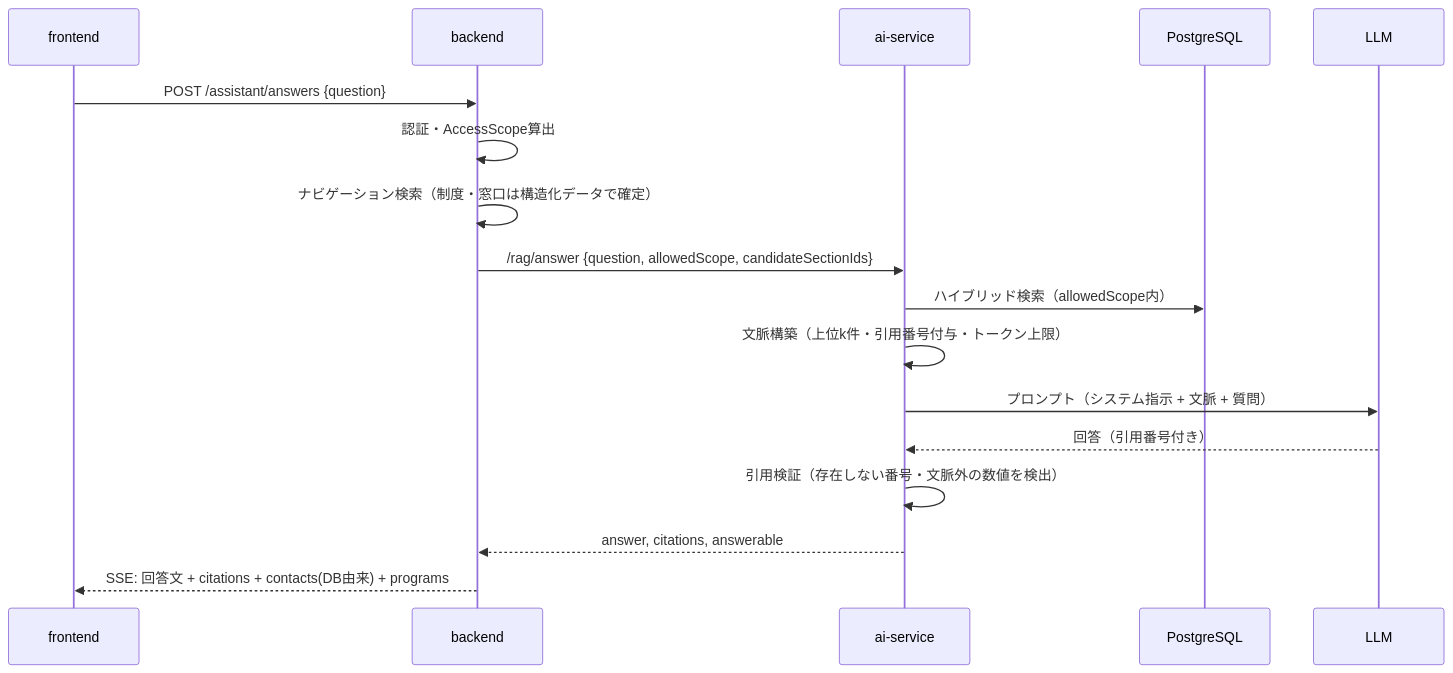
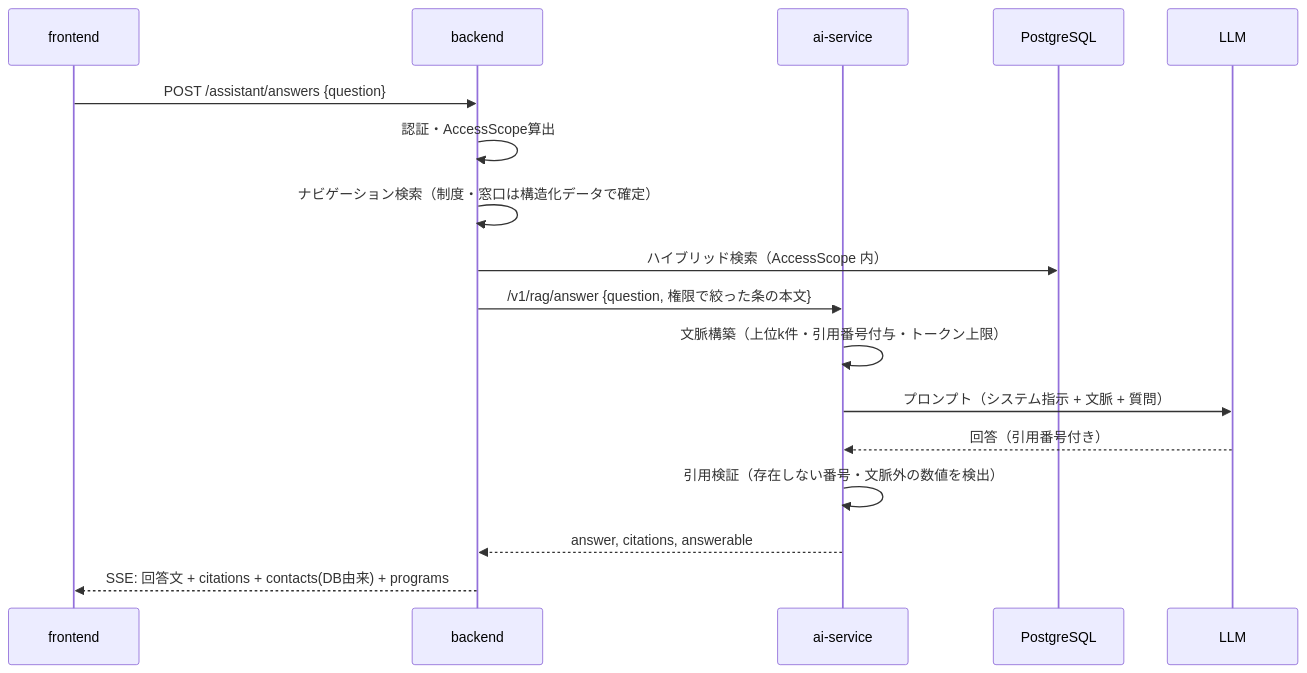
Before and after one commit to Mika777v/knowledge-navigator: the fourth of 4 diagrams in docs/ARCHITECTURE.md, drawn with Mermaid. The commit also changed other lines of this file and 5 other files, not shown here.

````diff
--- a/docs/ARCHITECTURE.md
+++ b/docs/ARCHITECTURE.md
@@ -283,19 +280,19 @@
 ```mermaid
 sequenceDiagram
   participant FE as frontend
   participant BE as backend
   participant AI as ai-service
   participant DB as PostgreSQL
   participant LLM as LLM
   FE->>BE: POST /assistant/answers {question}
   BE->>BE: 認証・AccessScope算出
   BE->>BE: ナビゲーション検索（制度・窓口は構造化データで確定）
-  BE->>AI: /rag/answer {question, allowedScope, candidateSectionIds}
-  AI->>DB: ハイブリッド検索（allowedScope内）
+  BE->>DB: ハイブリッド検索（AccessScope 内）
+  BE->>AI: /v1/rag/answer {question, 権限で絞った条の本文}
   AI->>AI: 文脈構築（上位k件・引用番号付与・トークン上限）
   AI->>LLM: プロンプト（システム指示 + 文脈 + 質問）
   LLM-->>AI: 回答（引用番号付き）
   AI->>AI: 引用検証（存在しない番号・文脈外の数値を検出）
   AI-->>BE: answer, citations, answerable
   BE-->>FE: SSE: 回答文 + citations + contacts(DB由来) + programs
 ```
````
